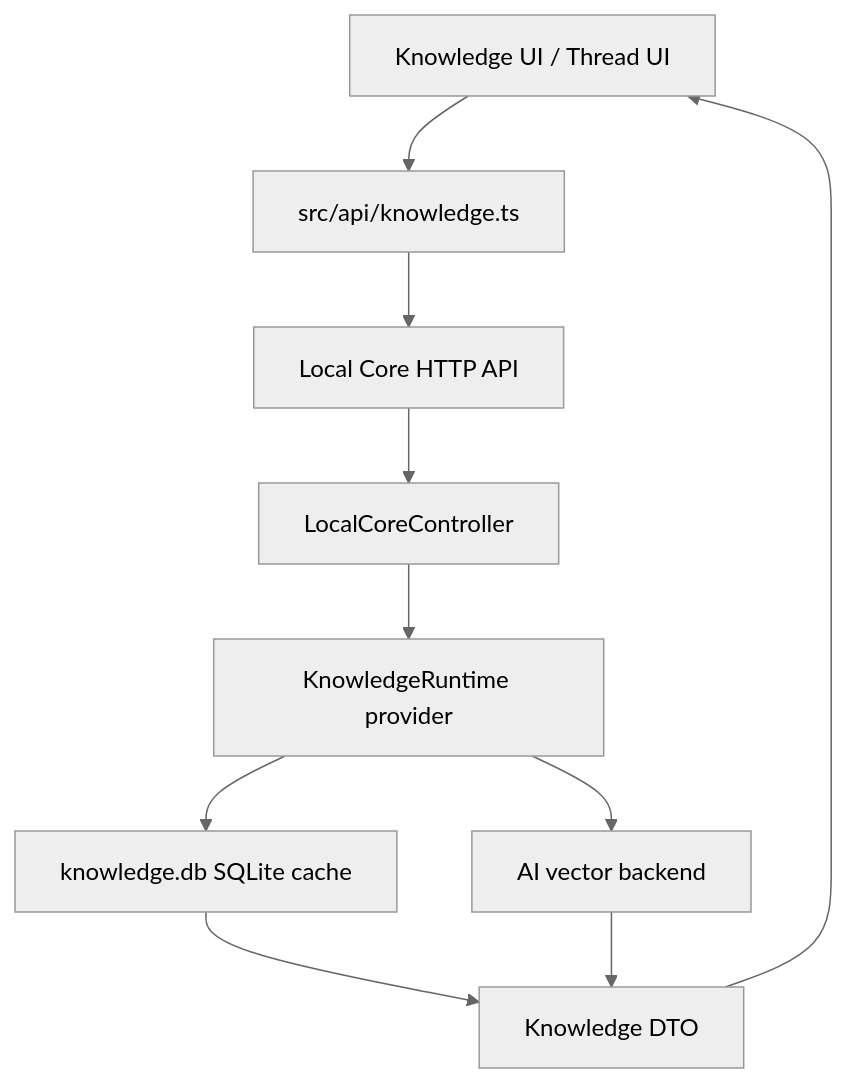
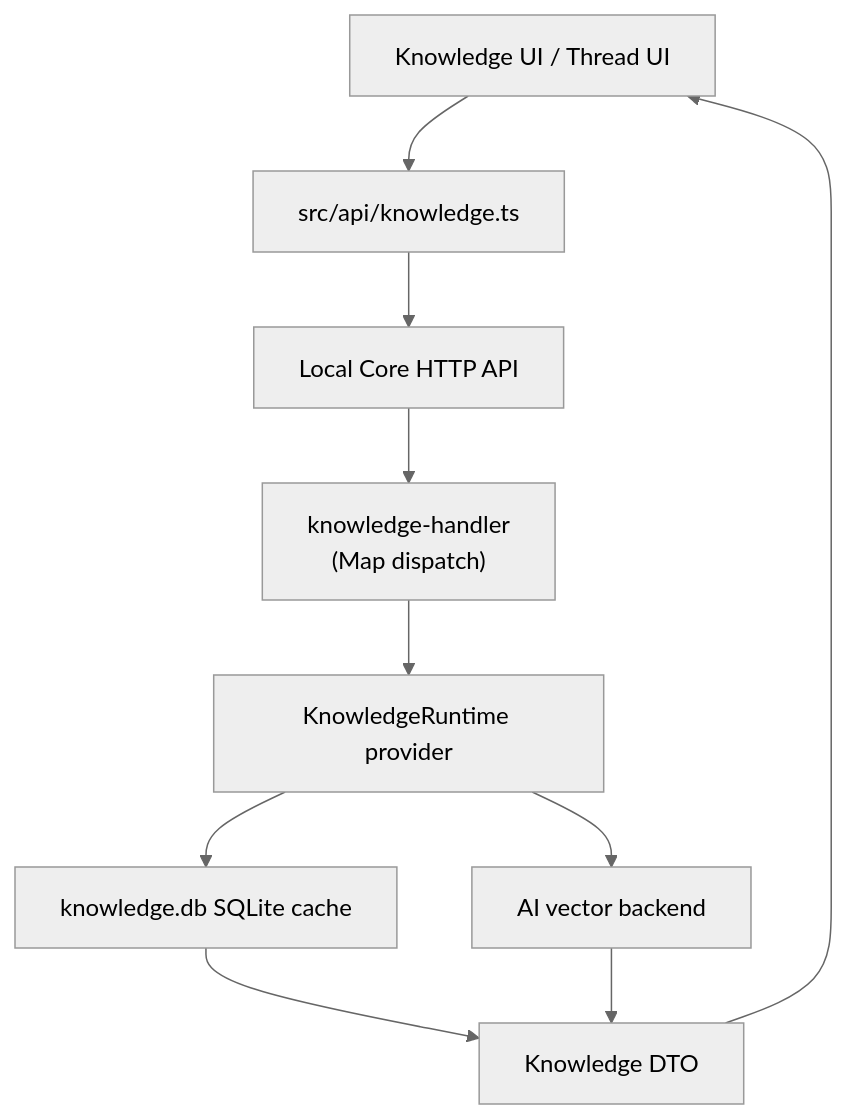
Before and after one commit to helloimcx/agentdock: the first of 3 diagrams in docs/architecture/knowledge-runtime.md, drawn with Mermaid (neutral theme). The commit also changed other lines of this file and 6 other files, not shown here.

First line of the commit message:
docs: update architecture docs for recent refactoring

````diff
--- a/docs/architecture/knowledge-runtime.md
+++ b/docs/architecture/knowledge-runtime.md
@@ -17,12 +17,12 @@
 ```mermaid
 flowchart TD
   Renderer["Knowledge UI / Thread UI"] --> Client["src/api/knowledge.ts"]
   Client --> Server["Local Core HTTP API"]
-  Server --> Controller["LocalCoreController"]
-  Controller --> Provider["KnowledgeRuntime provider"]
+  Server --> KnowledgeHandler["knowledge-handler<br/>(Map dispatch)"]
+  KnowledgeHandler --> Provider["KnowledgeRuntime provider"]
   Provider --> Store["knowledge.db SQLite cache"]
   Provider --> Vector["AI vector backend"]
   Store --> Response["Knowledge DTO"]
   Vector --> Response
   Response --> Renderer
 ```
````
